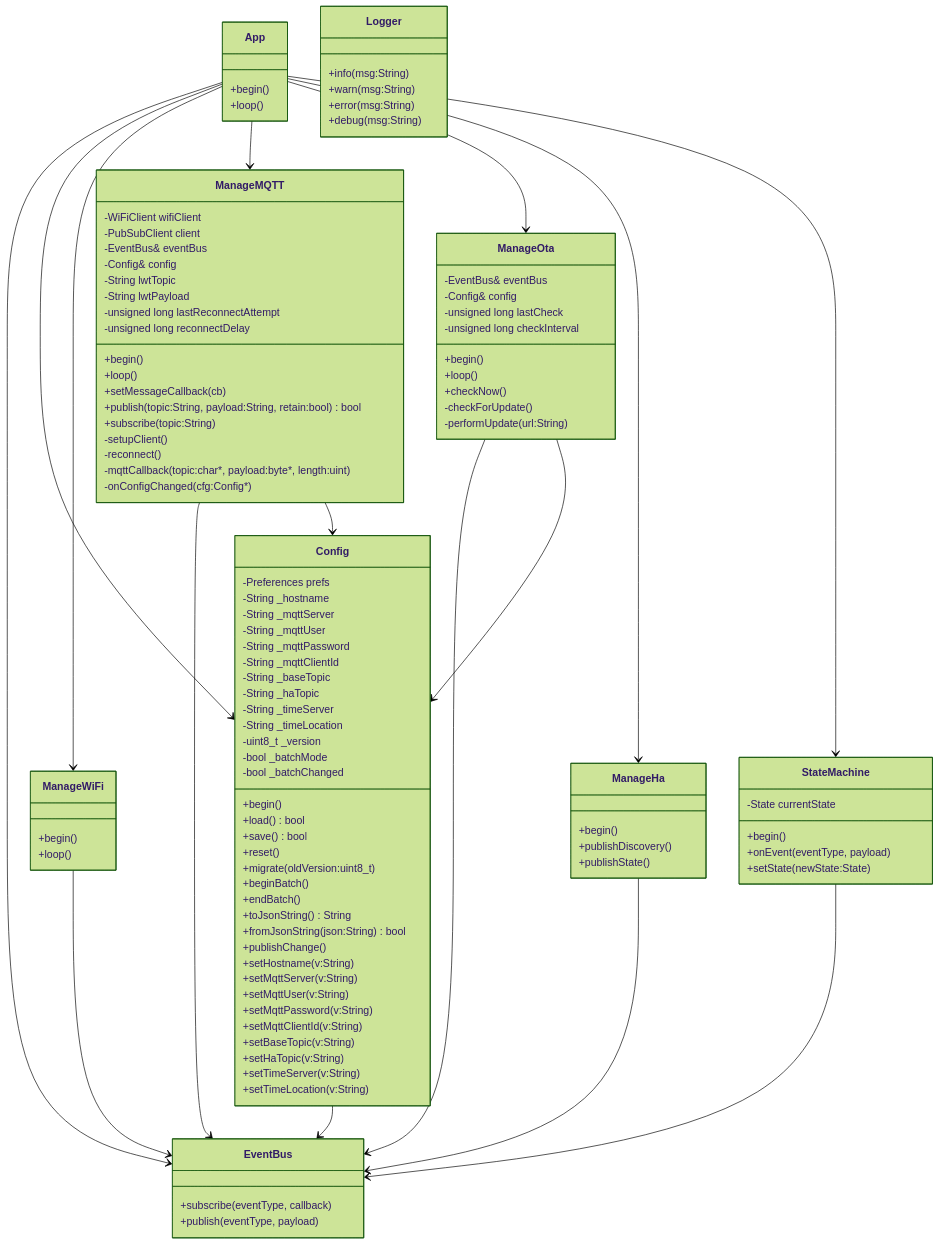
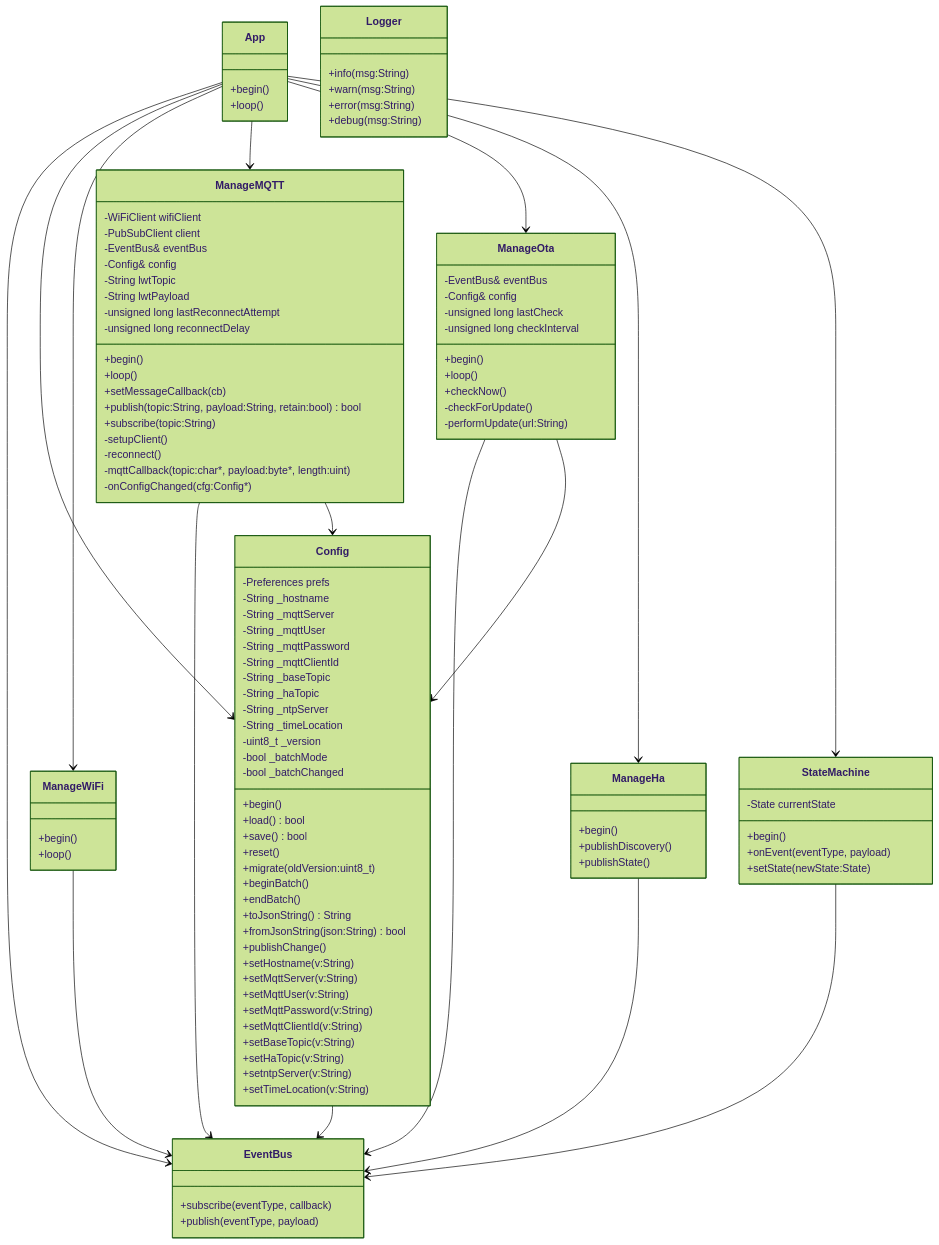
The first of 3 diagrams in README.md (olonsoft/template5), drawn with Mermaid (forest theme) before and after one commit. The commit also changed other lines of this file and 9 other files, not shown here.

```diff
--- a/README.md
+++ b/README.md
@@ -249,7 +249,7 @@
         -String _mqttClientId
         -String _baseTopic
         -String _haTopic
-        -String _timeServer
+        -String _ntpServer
         -String _timeLocation
         -uint8_t _version
         -bool _batchMode
@@ -271,7 +271,7 @@
         +setMqttClientId(v:String)
         +setBaseTopic(v:String)
         +setHaTopic(v:String)
-        +setTimeServer(v:String)
+        +setntpServer(v:String)
         +setTimeLocation(v:String)
     }
 
```
